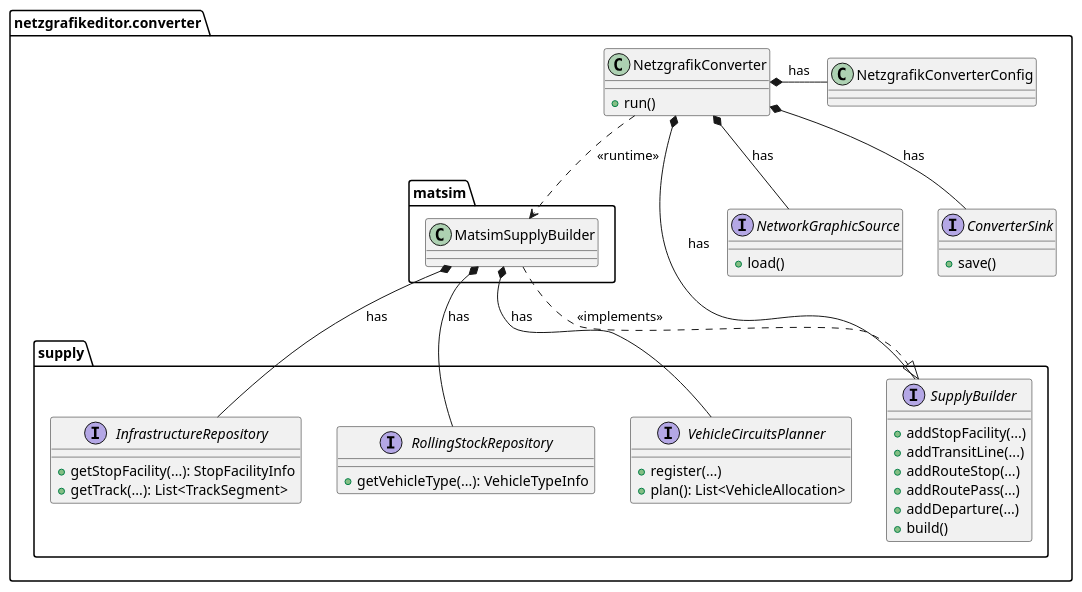
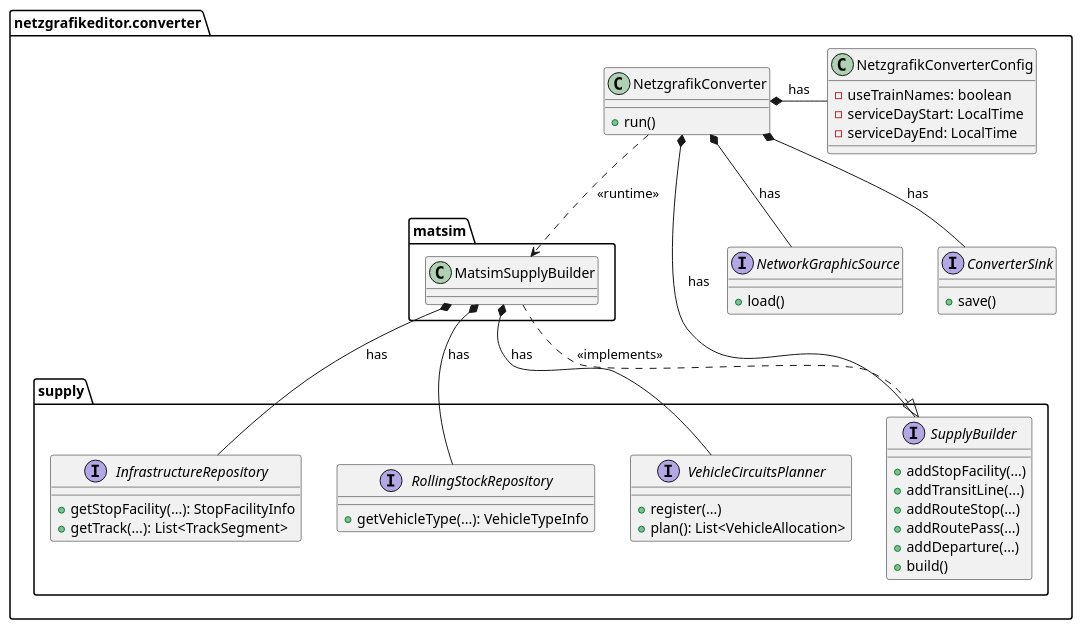
Before and after one commit to SchweizerischeBundesbahnen/netzgrafik-editor-converter: the diagram in docs/uml/class-diagram.md, drawn with PlantUML. The commit also changed 2 other files, not shown here.

Commit message:
doc: update diagram and usage section in docs

````diff
--- a/docs/uml/class-diagram.md
+++ b/docs/uml/class-diagram.md
@@ -3,64 +3,67 @@
 ```plantuml
 @startuml
 set namespaceSeparator none
 top to bottom direction
 
 package netzgrafikeditor.converter {
-class NetzgrafikConverter {
-+run()
-}
+    class NetzgrafikConverter {
+        +run()
+    }
 
     class NetzgrafikConverterConfig {
+        -useTrainNames: boolean
+        -serviceDayStart: LocalTime
+        -serviceDayEnd: LocalTime
     }
 
     interface NetworkGraphicSource {
         +load()
     }
 
     interface ConverterSink {
         +save()
     }
 
     package supply {
         interface SupplyBuilder {
             +addStopFacility(...)
             +addTransitLine(...)
             +addRouteStop(...)
             +addRoutePass(...)
             +addDeparture(...)
             +build()
         }
 
         interface InfrastructureRepository {
             +getStopFacility(...): StopFacilityInfo
             +getTrack(...): List<TrackSegment>
         }
 
         interface RollingStockRepository {
             +getVehicleType(...): VehicleTypeInfo
         }
 
         interface VehicleCircuitsPlanner {
             +register(...)
             +plan(): List<VehicleAllocation>
         }
     }
 
     package matsim {
         class MatsimSupplyBuilder {
         }
     }
 }
 
 NetzgrafikConverter *- NetzgrafikConverterConfig : has
 NetzgrafikConverter *-- NetworkGraphicSource : has
 NetzgrafikConverter *--- SupplyBuilder : has
 NetzgrafikConverter *-- ConverterSink : has
 NetzgrafikConverter ..> MatsimSupplyBuilder : <<runtime>>
 
 MatsimSupplyBuilder .|> SupplyBuilder: <<implements>>
 MatsimSupplyBuilder *-- InfrastructureRepository : has
 MatsimSupplyBuilder *-- RollingStockRepository : has
 MatsimSupplyBuilder *-- VehicleCircuitsPlanner : has
 @enduml
 ```
````
